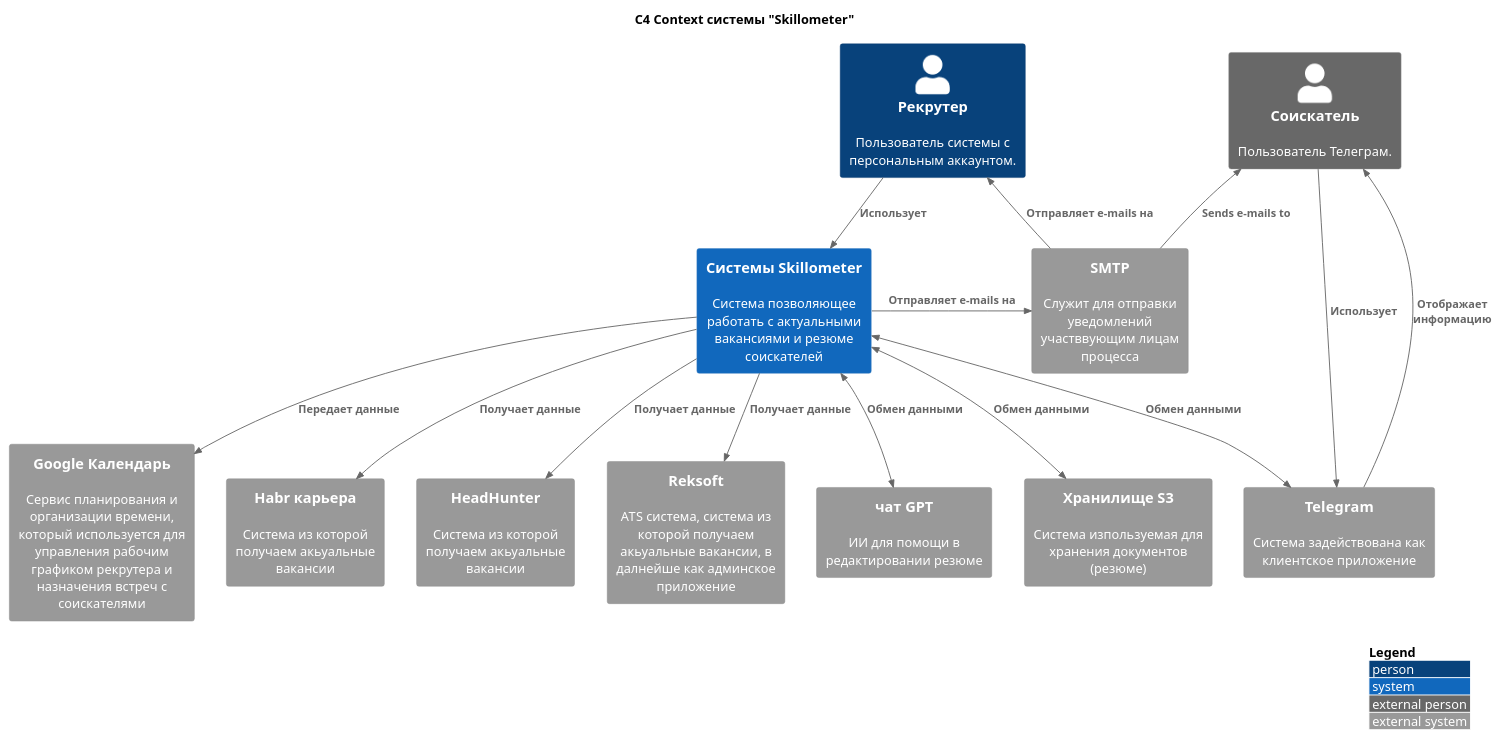
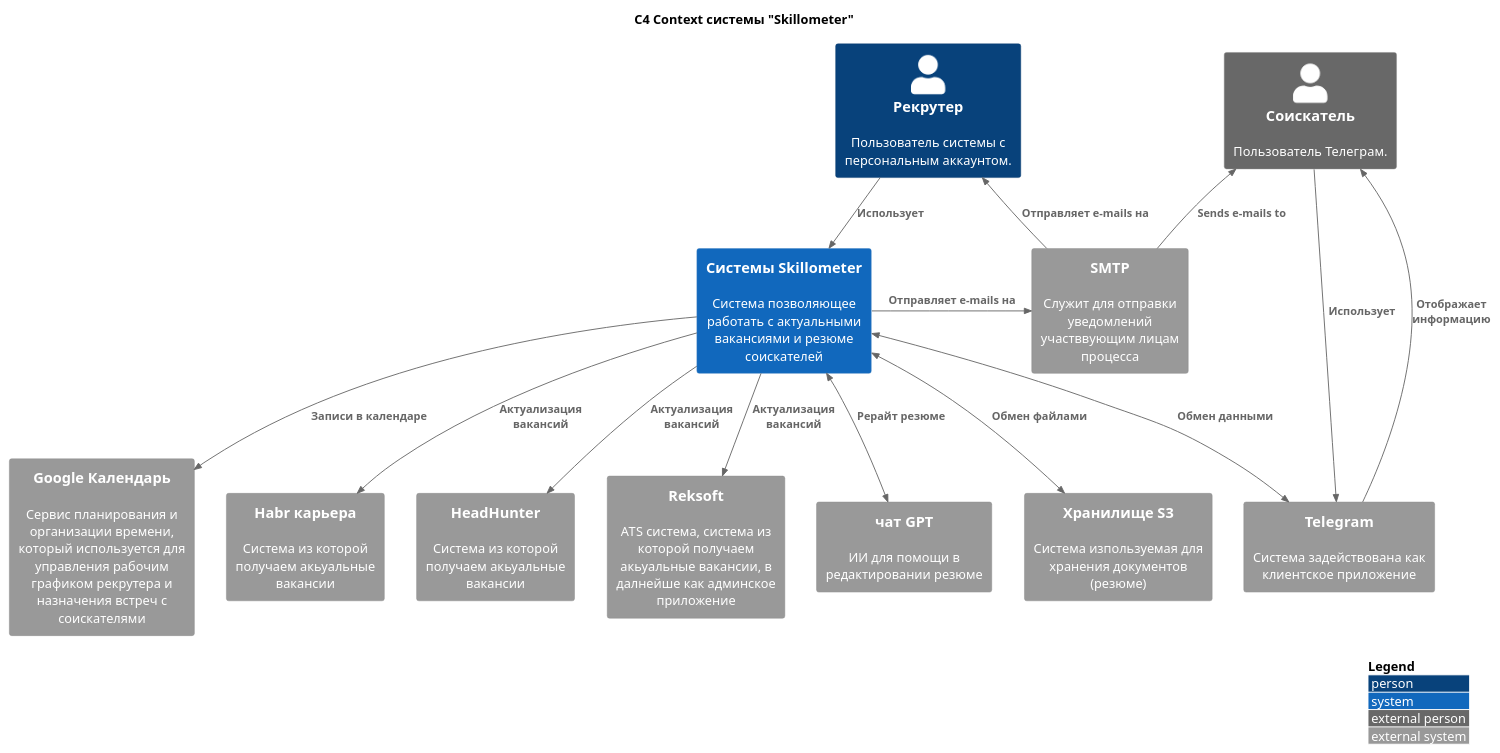
One commit to idev-present/skillometer changed the diagram in docs/architecture/C4/C4_context.puml. Above: the diagram before and after it, drawn with PlantUML.

Commit message:
doc(c4): update external system role

```diff
--- a/docs/architecture/C4/C4_context.puml
+++ b/docs/architecture/C4/C4_context.puml
@@ -1,37 +1,37 @@
 @startuml
 !include https://raw.githubusercontent.com/plantuml-stdlib/C4-PlantUML/master/C4_Context.puml
 ' uncomment the following line and comment the first to use locally
 ' !include C4_Context.puml
 
 LAYOUT_WITH_LEGEND()
 
 title C4 Context системы "Skillometer"
 
 Person(customer, "Рекрутер", "Пользователь системы с персональным аккаунтом.")
 Person_Ext(user, "Соискатель", "Пользователь Телеграм.")
 System(skillometer_system, "Системы Skillometer", "Система позволяющее работать с актуальными вакансиями и резюме соискателей")
 
 System_Ext(smtp, "SMTP", "Служит для отправки уведомлений участввующим лицам процесса")
 System_Ext(telegram, "Telegram", "Система задействована как клиентское приложение")
 System_Ext(google, "Google Календарь", "Сервис планирования и организации времени, который используется для управления рабочим графиком рекрутера и назначения встреч с соискателями")
 System_Ext(habr, "Habr карьера", "Система из которой получаем акьуальные вакансии")
 System_Ext(headhunter, "HeadHunter", "Система из которой получаем акьуальные вакансии")
 System_Ext(reksoft, "Reksoft", "ATS система, система из которой получаем акьуальные вакансии, в далнейше как админское приложение")
 System_Ext(gpt, "чат GPT", "ИИ для помощи в редактировании резюме")
 System_Ext(s3, "Хранилище S3", "Система изпользуемая для хранения документов (резюме)")
 
 
 Rel(customer, skillometer_system, "Использует")
 Rel_Back(customer, smtp, "Отправляет e-mails на")
 Rel_Back(user, smtp, "Sends e-mails to")
 Rel_Neighbor(skillometer_system, smtp, "Отправляет e-mails на")
 BiRel(skillometer_system, telegram, "Обмен данными")
 Rel(user, telegram, "Использует")
 Rel_Back(user, telegram, "Отображает информацию")
-Rel(skillometer_system, habr, "Получает данные")
-Rel(skillometer_system, headhunter, "Получает данные")
-Rel(skillometer_system, reksoft, "Получает данные")
-Rel(skillometer_system, google, "Передает данные")
-BiRel(skillometer_system, gpt, "Обмен данными")
-BiRel(skillometer_system, s3, "Обмен данными")
+Rel(skillometer_system, habr, "Актуализация вакансий")
+Rel(skillometer_system, headhunter, "Актуализация вакансий")
+Rel(skillometer_system, reksoft, "Актуализация вакансий")
+Rel(skillometer_system, google, "Записи в календаре")
+BiRel(skillometer_system, gpt, "Рерайт резюме")
+BiRel(skillometer_system, s3, "Обмен файлами")
 @enduml
```
